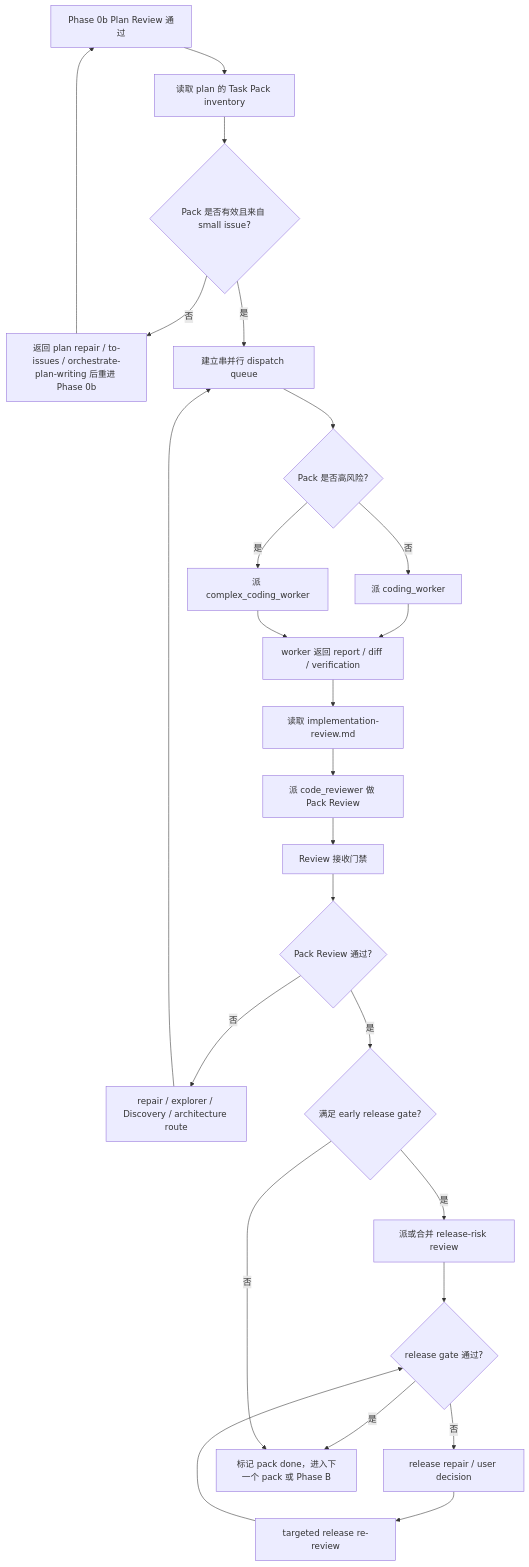
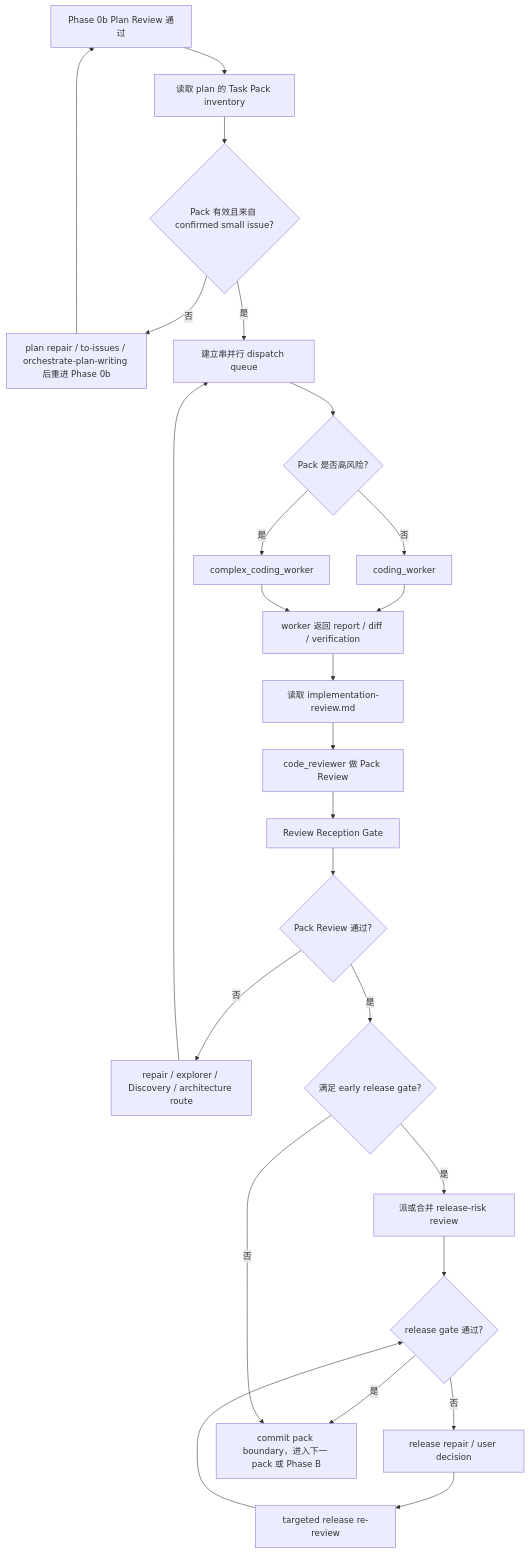
One commit to chancheuklap/multi-model-workflow changed the diagram in .agents/skills/orchestrate-workflow/references/dispatch-contract.md. Above: the diagram before and after it, drawn with Mermaid. The commit also changed other lines of this file and 5 other files, not shown here.

````diff
--- a/.agents/skills/orchestrate-workflow/references/dispatch-contract.md
+++ b/.agents/skills/orchestrate-workflow/references/dispatch-contract.md
@@ -53,27 +73,27 @@
 ```mermaid
 flowchart TD
     A["Phase 0b Plan Review 通过"] --> B["读取 plan 的 Task Pack inventory"]
-    B --> C{"Pack 是否有效且来自 small issue?"}
-    C -->|否| D["返回 plan repair / to-issues / orchestrate-plan-writing 后重进 Phase 0b"]
+    B --> C{"Pack 有效且来自 confirmed small issue?"}
+    C -->|否| D["plan repair / to-issues / orchestrate-plan-writing 后重进 Phase 0b"]
     D --> A
     C -->|是| E["建立串并行 dispatch queue"]
     E --> F{"Pack 是否高风险?"}
-    F -->|否| G["派 coding_worker"]
-    F -->|是| H["派 complex_coding_worker"]
+    F -->|否| G["coding_worker"]
+    F -->|是| H["complex_coding_worker"]
     G --> I["worker 返回 report / diff / verification"]
     H --> I
     I --> J["读取 implementation-review.md"]
-    J --> K["派 code_reviewer 做 Pack Review"]
-    K --> L["Review 接收门禁"]
+    J --> K["code_reviewer 做 Pack Review"]
+    K --> L["Review Reception Gate"]
     L --> M{"Pack Review 通过?"}
     M -->|否| N["repair / explorer / Discovery / architecture route"]
     N --> E
     M -->|是| O{"满足 early release gate?"}
     O -->|是| P["派或合并 release-risk review"]
     P --> Q{"release gate 通过?"}
-    Q -->|否| S["release repair / user decision"]
-    S --> T["targeted release re-review"]
-    T --> Q
-    Q -->|是| R["标记 pack done，进入下一个 pack 或 Phase B"]
-    O -->|否| R
+    Q -->|否| R["release repair / user decision"]
+    R --> S["targeted release re-review"]
+    S --> Q
+    Q -->|是| T["commit pack boundary，进入下一 pack 或 Phase B"]
+    O -->|否| T
 ```
````
